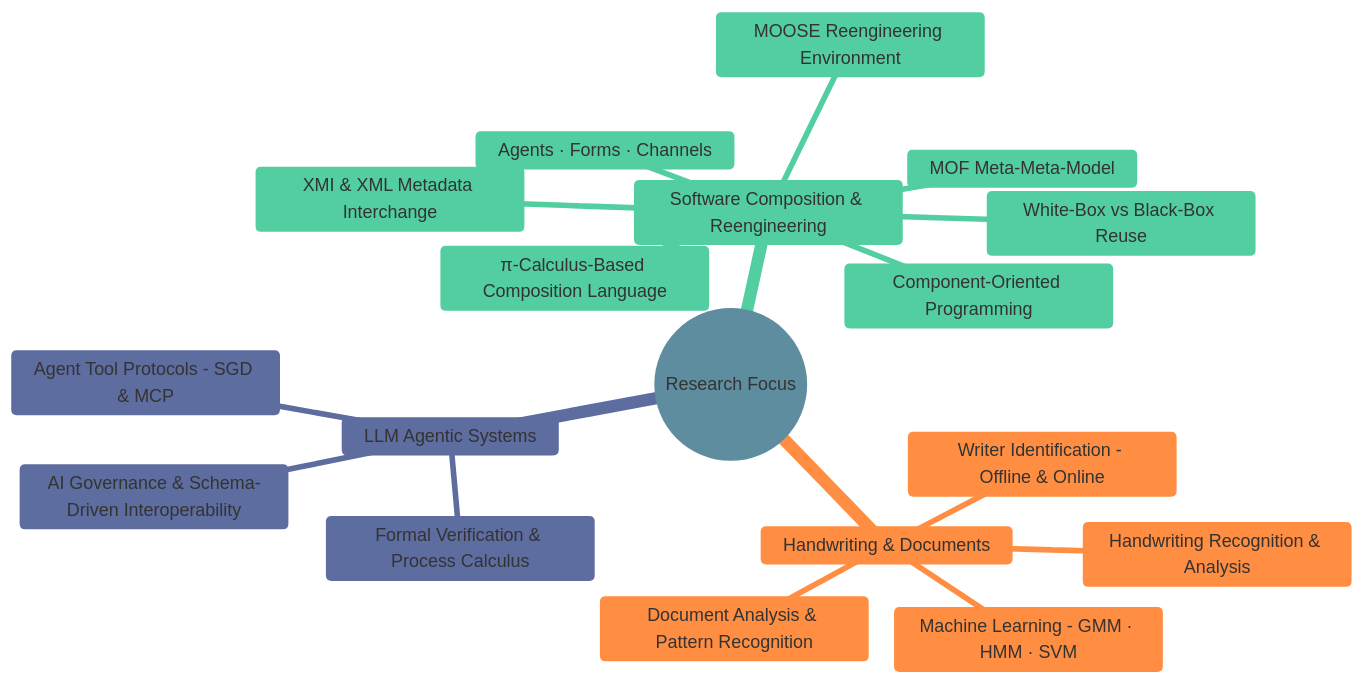
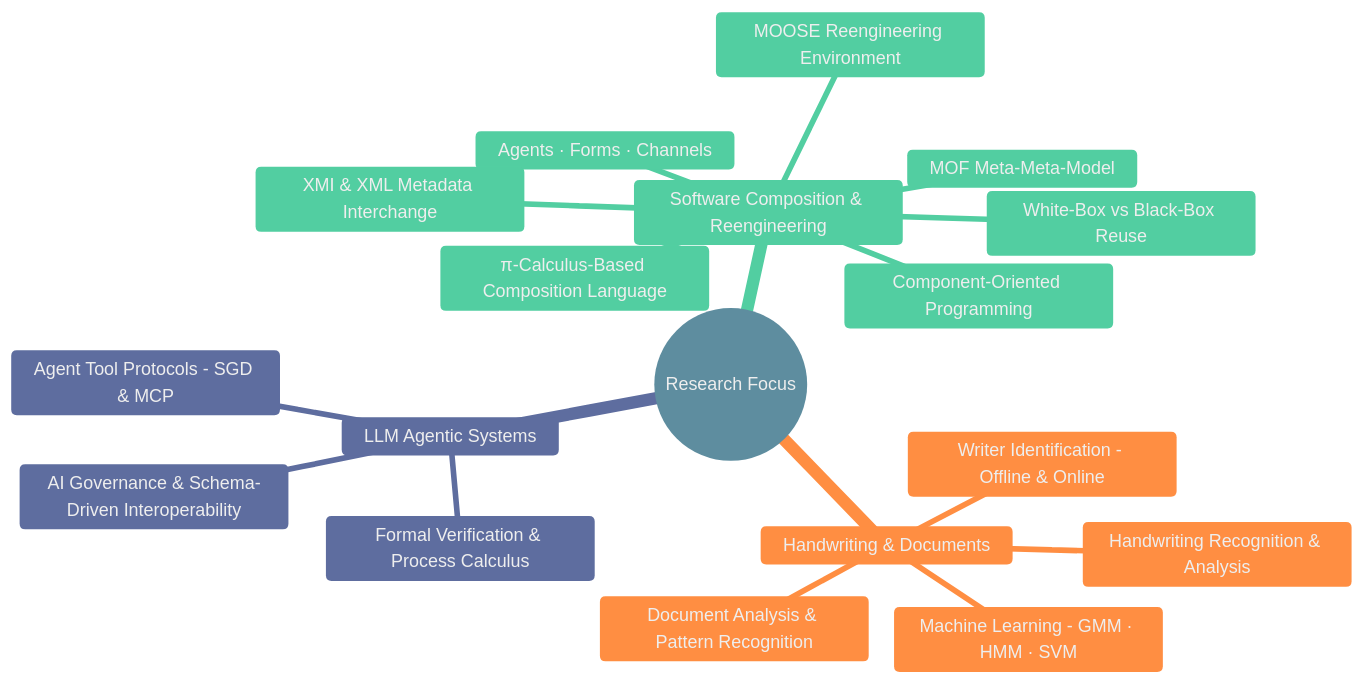
The first of 2 diagrams in README.md (schlpbch/publications), drawn with Mermaid before and after one commit. The commit also changed other lines of this file, not shown here.

````diff
--- a/README.md
+++ b/README.md
@@ -65,22 +62,22 @@
 ```mermaid
-%%{init: {'theme': 'base', 'themeVariables': {'primaryColor': '#aec6cf', 'primaryTextColor': '#333333', 'primaryBorderColor': '#999999', 'lineColor': '#999999', 'secondaryColor': '#b5ead7', 'tertiaryColor': '#ffdac1'}}}%%
+%%{init: {'theme': 'base', 'themeVariables': {'primaryColor': '#aec6cf', 'primaryTextColor': '#eee', 'primaryBorderColor': '#eee', 'lineColor': '#999999', 'secondaryColor': '#b5ead7', 'tertiaryColor': '#ffdac1'}}}%%
 mindmap
   root((Research Focus))
     Software Composition & Reengineering
       π-Calculus-Based Composition Language
       Agents · Forms · Channels
       XMI & XML Metadata Interchange
       MOF Meta-Meta-Model
       MOOSE Reengineering Environment
       Component-Oriented Programming
       White-Box vs Black-Box Reuse
     Handwriting & Documents
       Machine Learning - GMM · HMM · SVM
       Handwriting Recognition & Analysis
       Writer Identification - Offline & Online
       Document Analysis & Pattern Recognition
     LLM Agentic Systems
       Agent Tool Protocols - SGD & MCP
       Formal Verification & Process Calculus
       AI Governance & Schema-Driven Interoperability
 ```
````
